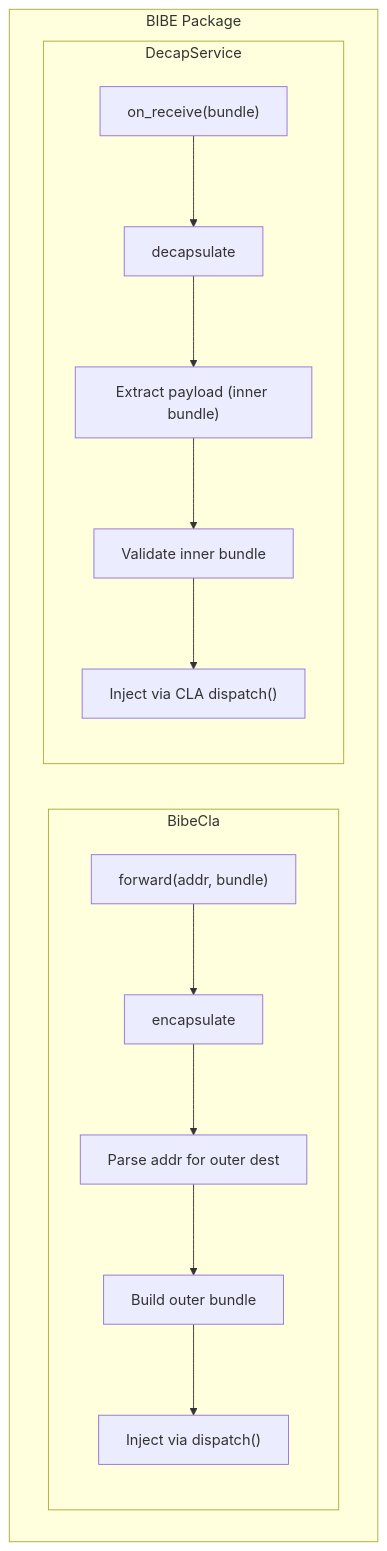
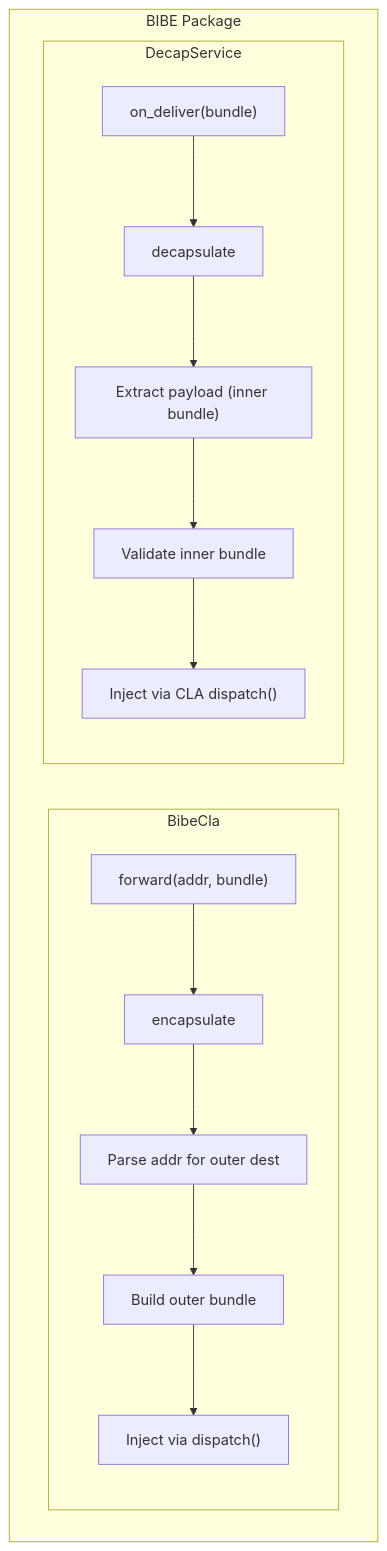
Before and after one commit to ricktaylor/hardy: diagram 11 of 11 in bibe/docs/design.md, drawn with Mermaid. The commit also changed other lines of this file and 53 other files, not shown here.

````diff
--- a/bibe/docs/design.md
+++ b/bibe/docs/design.md
@@ -539,17 +539,17 @@
 ```mermaid
 graph TB
     subgraph BIBE["BIBE Package"]
         subgraph CLA["BibeCla"]
             C1["forward(addr, bundle)"] --> C2["encapsulate"]
             C2 --> C3["Parse addr for outer dest"]
             C3 --> C4["Build outer bundle"]
             C4 --> C5["Inject via dispatch()"]
         end
         subgraph SVC["DecapService"]
-            S1["on_receive(bundle)"] --> S2["decapsulate"]
+            S1["on_deliver(bundle)"] --> S2["decapsulate"]
             S2 --> S3["Extract payload (inner bundle)"]
             S3 --> S4["Validate inner bundle"]
             S4 --> S5["Inject via CLA dispatch()"]
         end
     end
 ```
````
